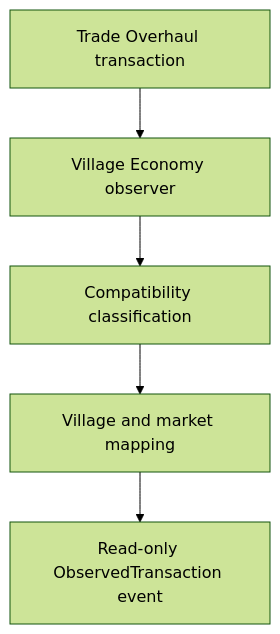
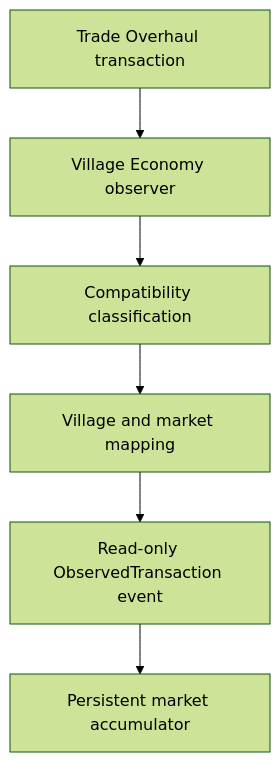
One commit to gumba21/Village-Economy changed the diagram in README.md. Above: the diagram before and after it, drawn with Mermaid (forest theme). The commit also changed other lines of this file and 12 other files, not shown here.

````diff
--- a/README.md
+++ b/README.md
@@ -122,7 +124,8 @@
 ```mermaid
 flowchart TD
     A["Trade Overhaul transaction"] --> B["Village Economy observer"]
     B --> C["Compatibility classification"]
     C --> D["Village and market mapping"]
     D --> E["Read-only ObservedTransaction event"]
+    E --> F["Persistent market accumulator"]
 ```
````
